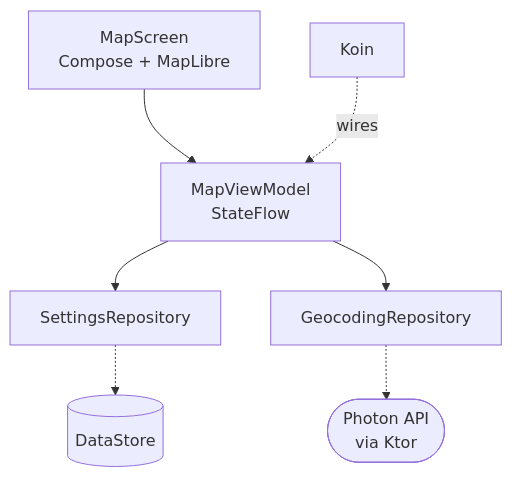
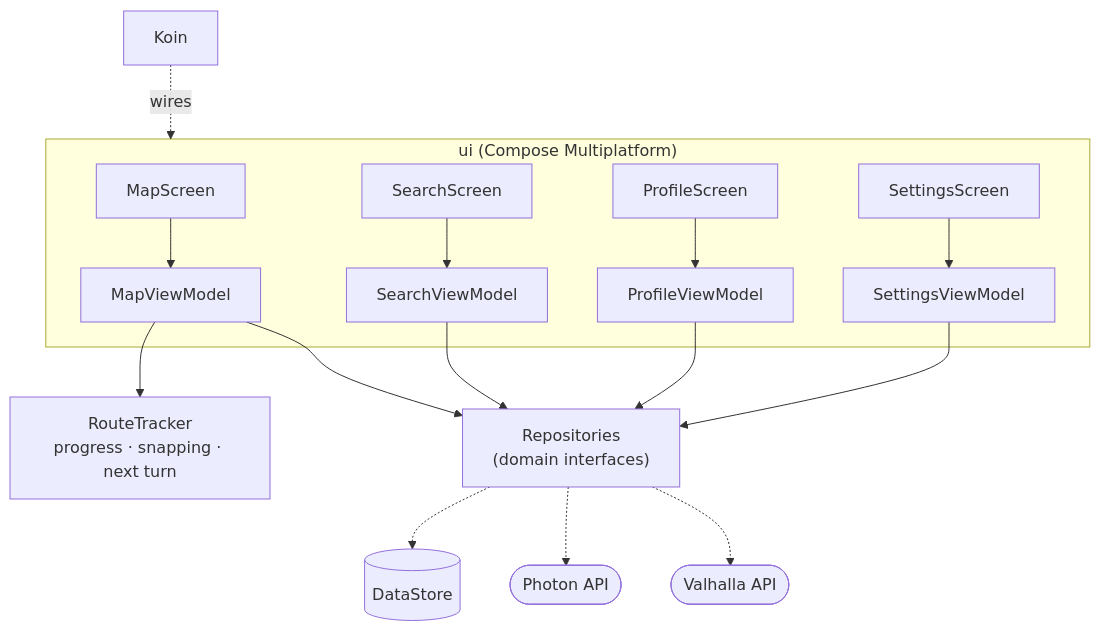
Before and after one commit to nijobenny/Wayfinder: the diagram in README.md, drawn with Mermaid. The commit also changed other lines of this file and 50 other files, not shown here.

Commit message:
Nearby search via Overpass, sheet & camera fixes, README screenshots

````diff
--- a/README.md
+++ b/README.md
@@ -75,9 +106,15 @@
 ```mermaid
 flowchart TD
-    UI["MapScreen<br/>Compose + MapLibre"] --> VM["MapViewModel<br/>StateFlow"]
-    VM --> S["SettingsRepository"]
-    VM --> G["GeocodingRepository"]
-    S -.-> DS[("DataStore")]
-    G -.-> P(["Photon API<br/>via Ktor"])
-    K["Koin"] -.wires.-> VM
+    subgraph UI["ui (Compose Multiplatform)"]
+      MS["MapScreen"] --> MVM["MapViewModel"]
+      SS["SearchScreen"] --> SVM["SearchViewModel"]
+      PS["ProfileScreen"] --> PVM["ProfileViewModel"]
+      ST["SettingsScreen"] --> STVM["SettingsViewModel"]
+    end
+    MVM --> RT["RouteTracker<br/>progress · snapping · next turn"]
+    MVM & SVM & PVM & STVM --> R["Repositories<br/>(domain interfaces)"]
+    R -.-> DS[("DataStore")]
+    R -.-> PH(["Photon API"])
+    R -.-> VA(["Valhalla API"])
+    K["Koin"] -.wires.-> UI
 ```
````
